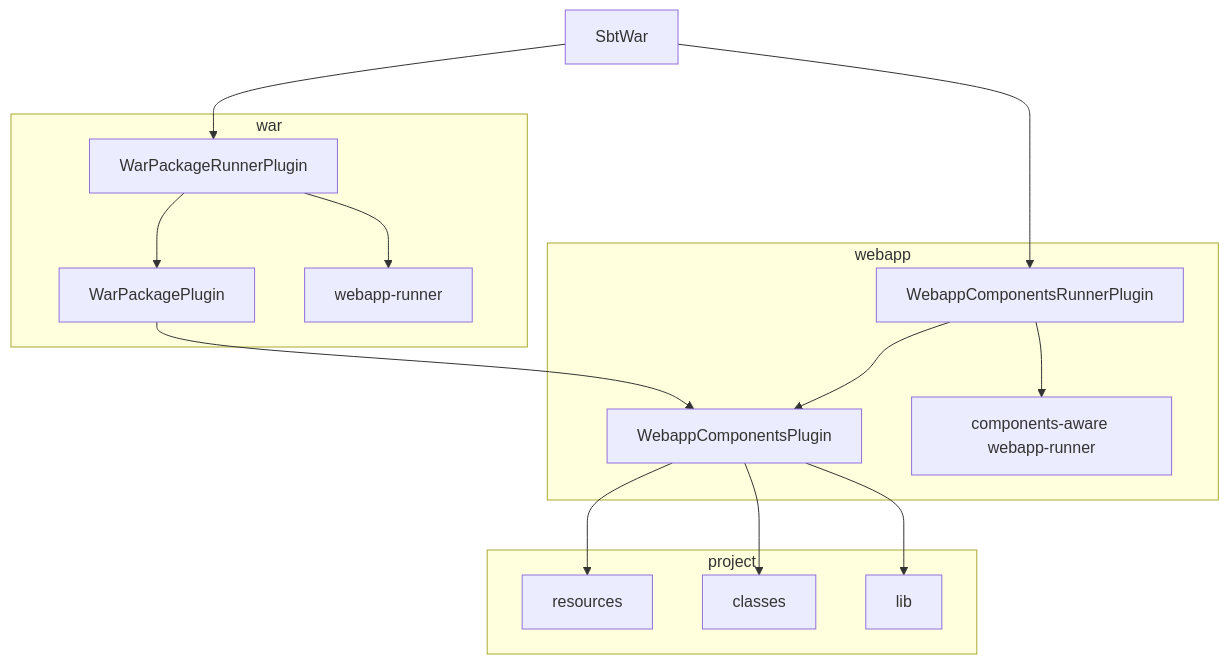
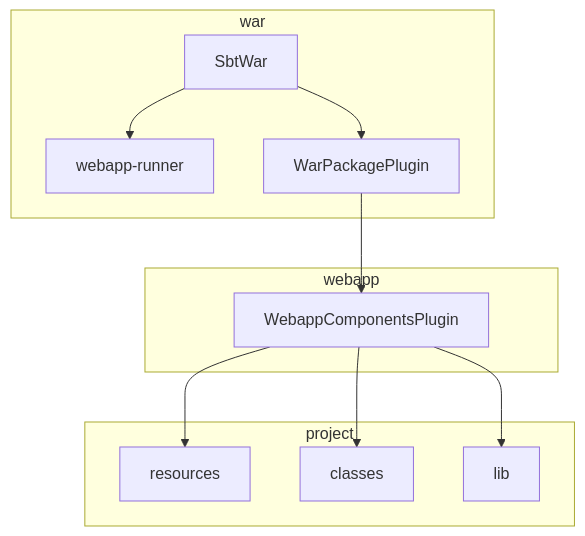
Before and after one commit to earldouglas/sbt-war: the diagram in CONTRIBUTING.md, drawn with Mermaid.

Commit message:
Update the architecture diagram

````diff
--- a/CONTRIBUTING.md
+++ b/CONTRIBUTING.md
@@ -5,39 +5,32 @@
 ```mermaid
 flowchart TB
 
-    subgraph webapp
-        WebappComponentsPlugin
-        WebappComponentsRunnerPlugin
-        webappRunnerCA[components-aware webapp-runner]
+    webappRunner[webapp-runner]
+
+    subgraph war
+      SbtWar
+      WarPackagePlugin
+      webappRunner
     end
 
-    subgraph war
-        WarPackagePlugin
-        WarPackageRunnerPlugin
-        webappRunner[webapp-runner]
+    subgraph webapp
+      WebappComponentsPlugin
     end
-
-    SbtWar
 
     subgraph project
         resources
         classes
         lib
     end
 
 
     WebappComponentsPlugin-->resources
     WebappComponentsPlugin-->classes
     WebappComponentsPlugin-->lib
 
-    WebappComponentsRunnerPlugin-->WebappComponentsPlugin
-    WebappComponentsRunnerPlugin-->webappRunnerCA
-
     WarPackagePlugin-->WebappComponentsPlugin
 
-    WarPackageRunnerPlugin-->WarPackagePlugin
-    WarPackageRunnerPlugin-->webappRunner
+    SbtWar-->WarPackagePlugin
+    SbtWar-->webappRunner
 
-    SbtWar-->WebappComponentsRunnerPlugin
-    SbtWar-->WarPackageRunnerPlugin
 ```
````
